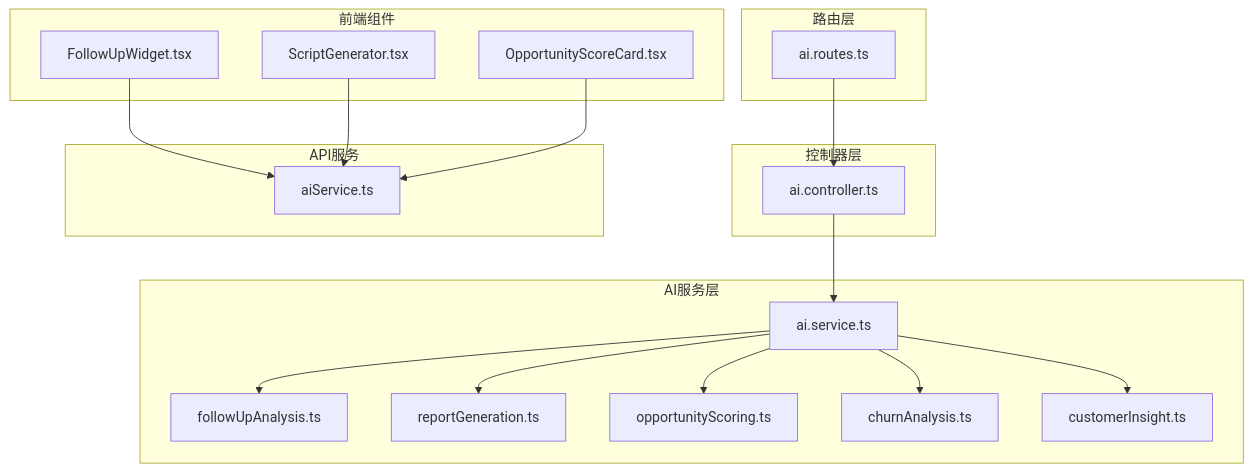
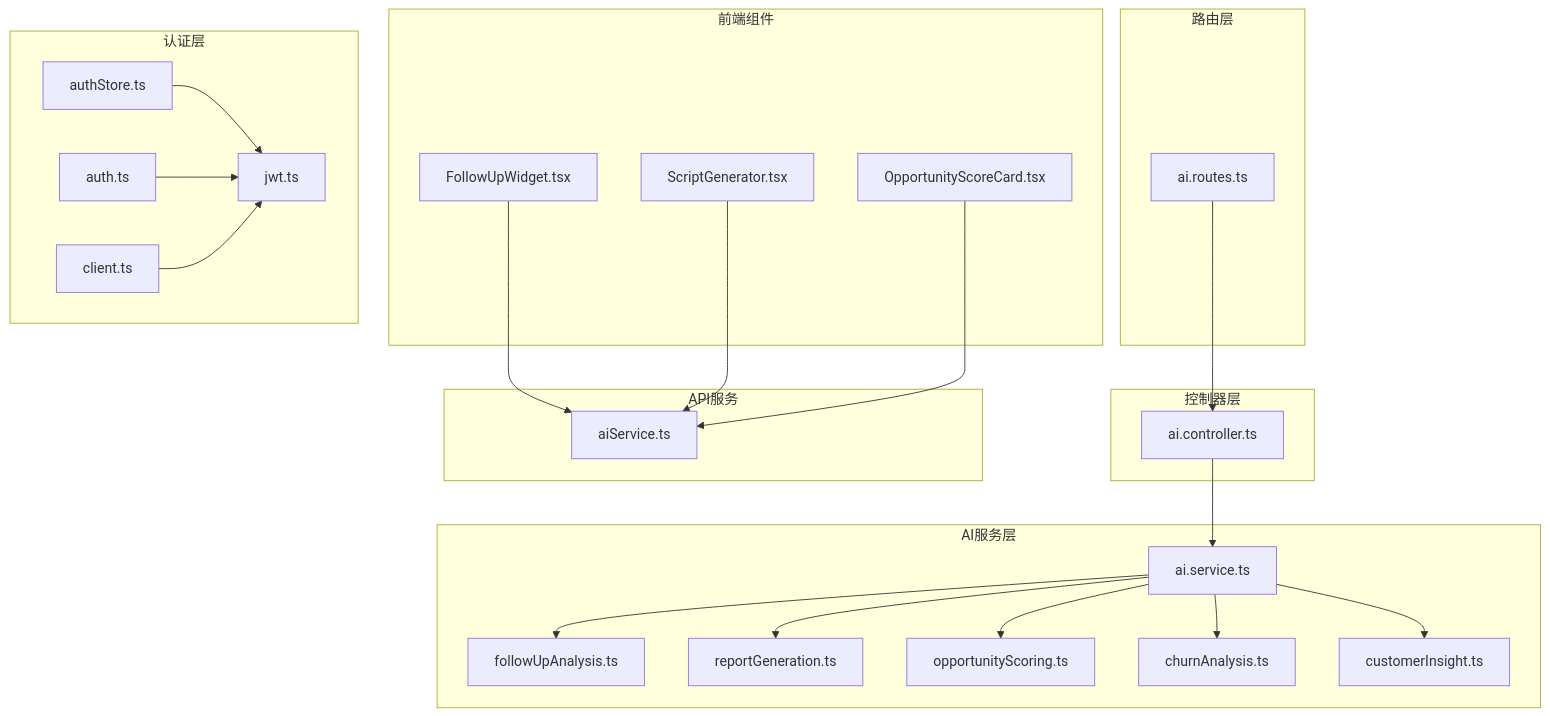
One commit to xianjianshenqu/SalesFlow-CRM changed diagram 11 of 12 in .qoder/repowiki/zh/content/AI服务.md. Above: the diagram before and after it, drawn with Mermaid. The commit also changed other lines of this file and 11 other files, not shown here.

````diff
--- a/.qoder/repowiki/zh/content/AI服务.md
+++ b/.qoder/repowiki/zh/content/AI服务.md
@@ -397,35 +502,44 @@
 ```mermaid
 graph TB
 subgraph "AI服务层"
 A[ai.service.ts]
 B[followUpAnalysis.ts]
 C[reportGeneration.ts]
 D[opportunityScoring.ts]
 E[churnAnalysis.ts]
 F[customerInsight.ts]
 end
 subgraph "控制器层"
 G[ai.controller.ts]
 end
 subgraph "路由层"
 H[ai.routes.ts]
 end
 subgraph "前端组件"
 I[FollowUpWidget.tsx]
 J[ScriptGenerator.tsx]
 K[OpportunityScoreCard.tsx]
 end
 subgraph "API服务"
 L[aiService.ts]
 end
+subgraph "认证层"
+M[authStore.ts]
+N[jwt.ts]
+O[auth.ts]
+P[client.ts]
+end
 A --> B
 A --> C
 A --> D
 A --> E
 A --> F
 G --> A
 H --> G
 I --> L
 J --> L
 K --> L
+M --> N
+O --> N
+P --> N
 ```
````
